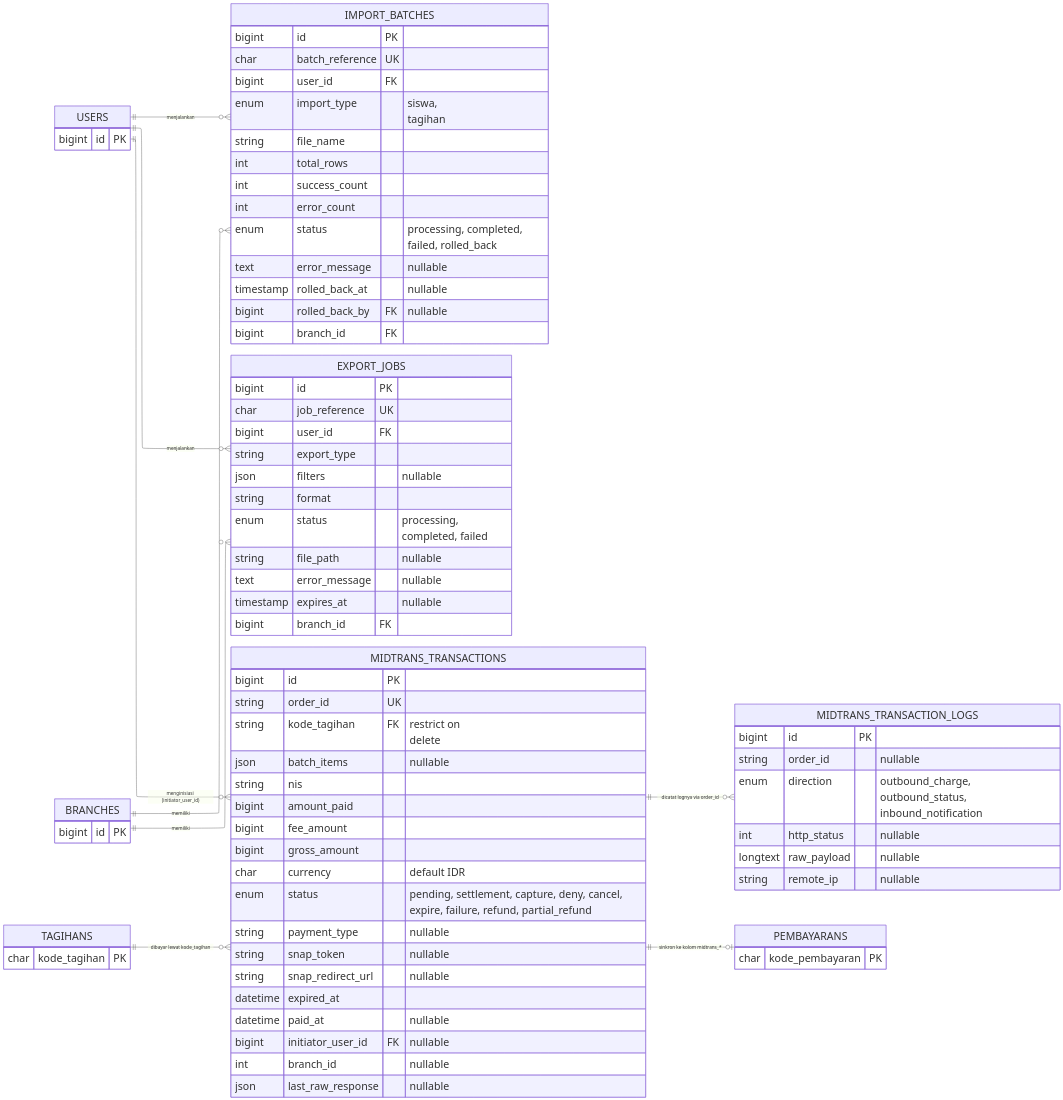
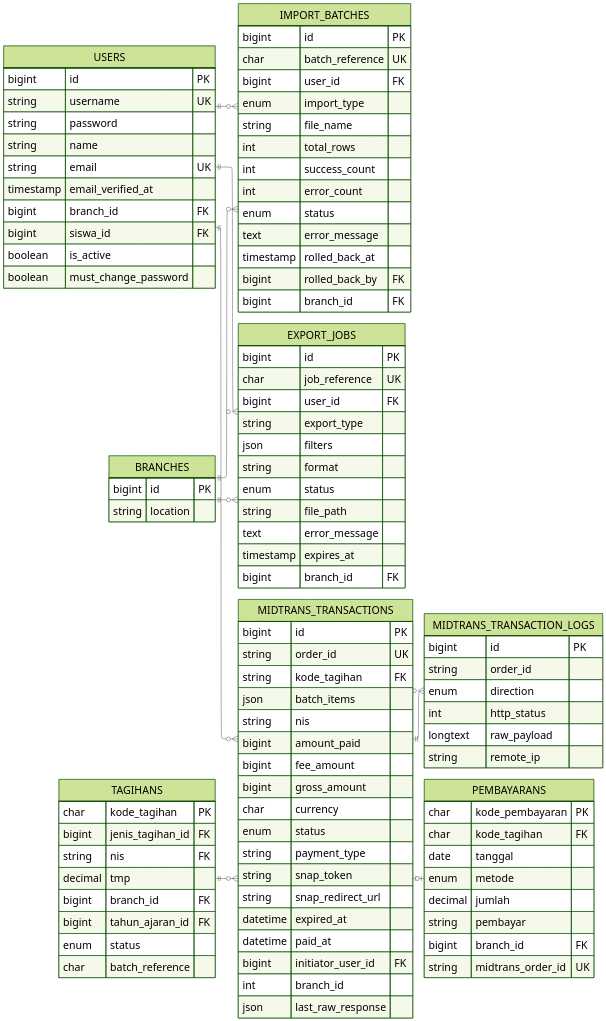
Before and after one commit to Fathurrahman-R/Manajemen-Keuangan-dan-SPP-Handayani: the diagram in document/aset-laporan/mermaid-erd/import-export-midtrans.mmd, drawn with Mermaid. The commit also changed 14 other files, not shown here.

First line of the commit message:
Rapikan diagram ERD mermaid: hapus label relasi dan komentar atribut, lengkapi kolom tabel yang disingkat

```diff
--- a/document/aset-laporan/mermaid-erd/import-export-midtrans.mmd
+++ b/document/aset-laporan/mermaid-erd/import-export-midtrans.mmd
@@ -1,78 +1,111 @@
 %%{
     init: {
+        'theme': 'forest',
         'layout': 'elk',
         'themeVariables': {'fontSize': '32px'},
         'themeCSS': '.edgeLabel, .edgeLabel p { font-size: 32px !important; }'
     }
 }%%
 erDiagram
     direction LR
     IMPORT_BATCHES {
         bigint id PK
         char batch_reference UK
         bigint user_id FK
-        enum import_type "siswa, tagihan"
+        enum import_type
         string file_name
         int total_rows
         int success_count
         int error_count
-        enum status "processing, completed, failed, rolled_back"
-        text error_message "nullable"
-        timestamp rolled_back_at "nullable"
-        bigint rolled_back_by FK "nullable"
+        enum status
+        text error_message
+        timestamp rolled_back_at
+        bigint rolled_back_by FK
         bigint branch_id FK
     }
     EXPORT_JOBS {
         bigint id PK
         char job_reference UK
         bigint user_id FK
         string export_type
-        json filters "nullable"
+        json filters
         string format
-        enum status "processing, completed, failed"
-        string file_path "nullable"
-        text error_message "nullable"
-        timestamp expires_at "nullable"
+        enum status
+        string file_path
+        text error_message
+        timestamp expires_at
         bigint branch_id FK
     }
     MIDTRANS_TRANSACTIONS {
         bigint id PK
         string order_id UK
-        string kode_tagihan FK "restrict on delete"
-        json batch_items "nullable"
+        string kode_tagihan FK
+        json batch_items
         string nis
         bigint amount_paid
         bigint fee_amount
         bigint gross_amount
-        char currency "default IDR"
-        enum status "pending, settlement, capture, deny, cancel, expire, failure, refund, partial_refund"
-        string payment_type "nullable"
-        string snap_token "nullable"
-        string snap_redirect_url "nullable"
+        char currency
+        enum status
+        string payment_type
+        string snap_token
+        string snap_redirect_url
         datetime expired_at
-        datetime paid_at "nullable"
-        bigint initiator_user_id FK "nullable"
-        int branch_id "nullable"
-        json last_raw_response "nullable"
+        datetime paid_at
+        bigint initiator_user_id FK
+        int branch_id
+        json last_raw_response
     }
     MIDTRANS_TRANSACTION_LOGS {
         bigint id PK
-        string order_id "nullable"
-        enum direction "outbound_charge, outbound_status, inbound_notification"
-        int http_status "nullable"
-        longtext raw_payload "nullable"
-        string remote_ip "nullable"
+        string order_id
+        enum direction
+        int http_status
+        longtext raw_payload
+        string remote_ip
     }
-    USERS { bigint id PK }
-    BRANCHES { bigint id PK }
-    TAGIHANS { char kode_tagihan PK }
-    PEMBAYARANS { char kode_pembayaran PK }
+    USERS {
+        bigint id PK
+        string username UK
+        string password
+        string name
+        string email UK
+        timestamp email_verified_at
+        bigint branch_id FK
+        bigint siswa_id FK
+        boolean is_active
+        boolean must_change_password
+    }
+    BRANCHES {
+        bigint id PK
+        string location
+    }
+    TAGIHANS {
+        char kode_tagihan PK
+        bigint jenis_tagihan_id FK
+        string nis FK
+        decimal tmp
+        bigint branch_id FK
+        bigint tahun_ajaran_id FK
+        enum status
+        char batch_reference
+    }
+    PEMBAYARANS {
+        char kode_pembayaran PK
+        char kode_tagihan FK
+        date tanggal
+        enum metode
+        decimal jumlah
+        string pembayar
+        bigint branch_id FK
+        string midtrans_order_id UK
+    }
 
-    USERS ||--o{ IMPORT_BATCHES : "menjalankan"
-    BRANCHES ||--o{ IMPORT_BATCHES : "memiliki"
-    USERS ||--o{ EXPORT_JOBS : "menjalankan"
-    BRANCHES ||--o{ EXPORT_JOBS : "memiliki"
-    TAGIHANS ||--o{ MIDTRANS_TRANSACTIONS : "dibayar lewat kode_tagihan"
-    USERS ||--o{ MIDTRANS_TRANSACTIONS : "menginisiasi (initiator_user_id)"
-    MIDTRANS_TRANSACTIONS ||--o{ MIDTRANS_TRANSACTION_LOGS : "dicatat lognya via order_id"
-    MIDTRANS_TRANSACTIONS ||--o| PEMBAYARANS : "sinkron ke kolom midtrans_*"
+    USERS ||--o{ IMPORT_BATCHES : ""
+    BRANCHES ||--o{ IMPORT_BATCHES : ""
+    USERS ||--o{ EXPORT_JOBS : ""
+    BRANCHES ||--o{ EXPORT_JOBS : ""
+    TAGIHANS ||--o{ MIDTRANS_TRANSACTIONS : ""
+    USERS ||--o{ MIDTRANS_TRANSACTIONS : ""
+    MIDTRANS_TRANSACTIONS ||--o{ MIDTRANS_TRANSACTION_LOGS : ""
+    MIDTRANS_TRANSACTIONS ||--o| PEMBAYARANS : ""
```
